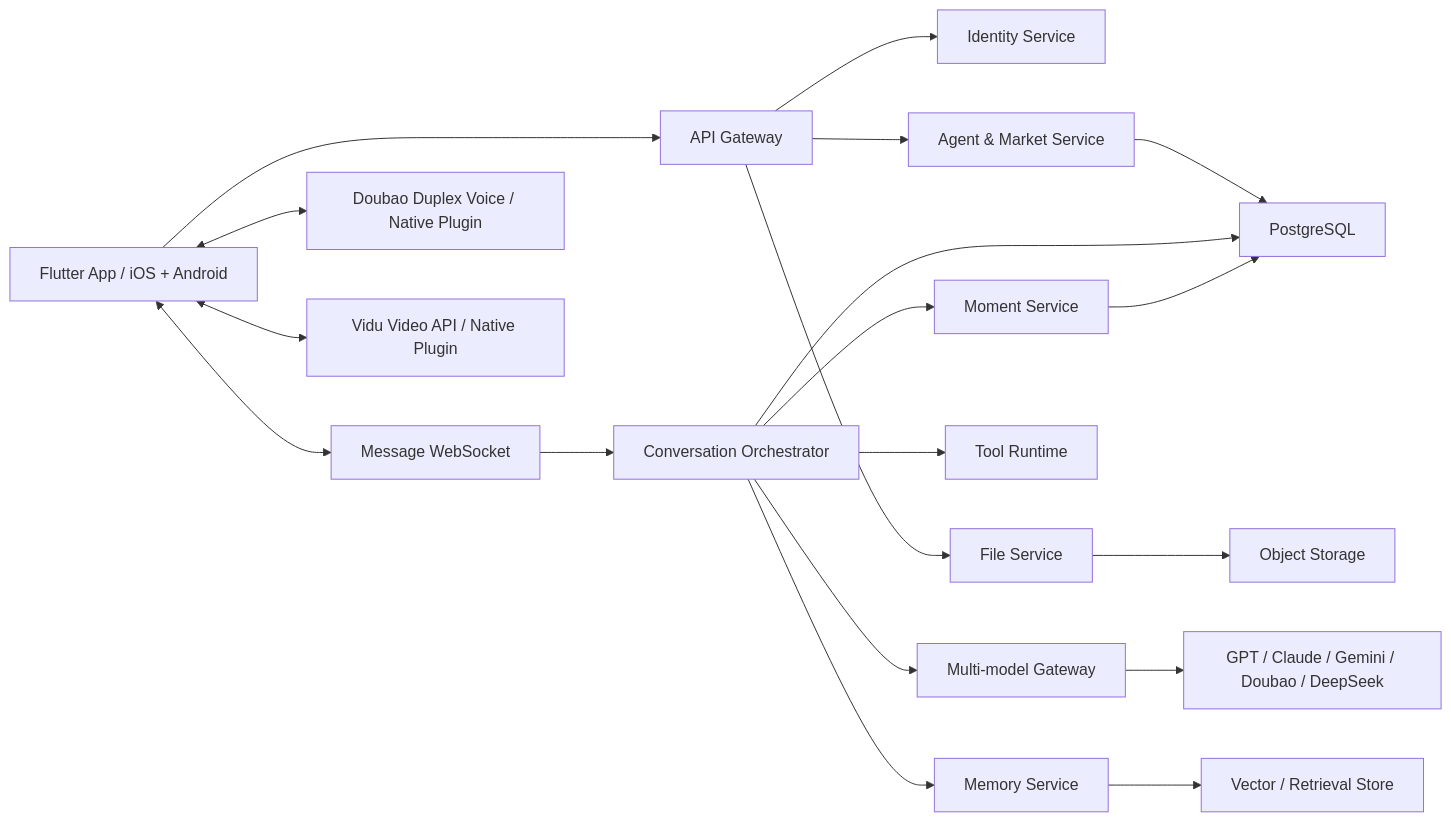
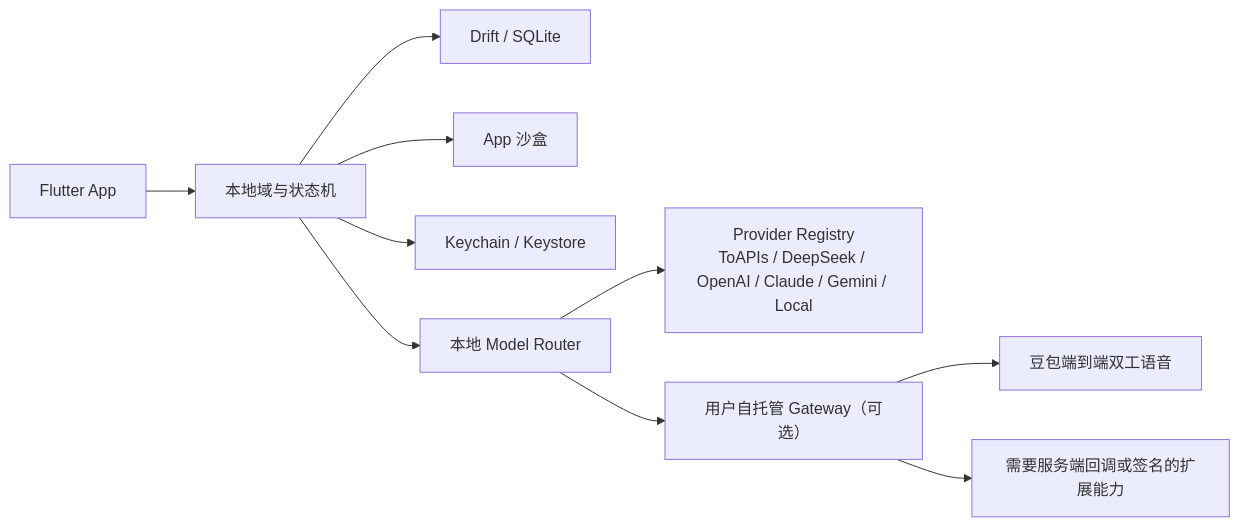
Before and after one commit to liumanlihudie/halo: the diagram in docs/02-architecture/01-system-technical-design.md, drawn with Mermaid. The commit also changed other lines of this file and 84 other files, not shown here.

````diff
--- a/docs/02-architecture/01-system-technical-design.md
+++ b/docs/02-architecture/01-system-technical-design.md
@@ -24,21 +20,12 @@
 ```mermaid
 flowchart LR
-    MOBILE["Flutter App / iOS + Android"] --> API["API Gateway"]
-    MOBILE <--> WS["Message WebSocket"]
-    API --> AUTH["Identity Service"]
-    API --> AGENT["Agent & Market Service"]
-    API --> FILE["File Service"]
-    WS --> ORCH["Conversation Orchestrator"]
-    ORCH --> MODEL["Multi-model Gateway"]
-    ORCH --> TOOL["Tool Runtime"]
-    ORCH --> MEMORY["Memory Service"]
-    ORCH --> MOMENT["Moment Service"]
-    MODEL --> PROVIDERS["GPT / Claude / Gemini / Doubao / DeepSeek"]
-    FILE --> OBJECT["Object Storage"]
-    AGENT --> DB["PostgreSQL"]
-    ORCH --> DB
-    MEMORY --> VECTOR["Vector / Retrieval Store"]
-    MOMENT --> DB
-    MOBILE <--> VOICE["Doubao Duplex Voice / Native Plugin"]
-    MOBILE <--> VIDEO["Vidu Video API / Native Plugin"]
+  APP["Flutter App"] --> DOMAIN["本地域与状态机"]
+  DOMAIN --> SQLITE["Drift / SQLite"]
+  DOMAIN --> FILES["App 沙盒"]
+  DOMAIN --> VAULT["Keychain / Keystore"]
+  DOMAIN --> ROUTER["本地 Model Router"]
+  ROUTER --> DIRECT["Provider Registry<br/>ToAPIs / DeepSeek / OpenAI / Claude / Gemini / Local"]
+  ROUTER --> GW["用户自托管 Gateway（可选）"]
+  GW --> VOICE["豆包端到端双工语音"]
+  GW --> VIDEO["需要服务端回调或签名的扩展能力"]
 ```
````
